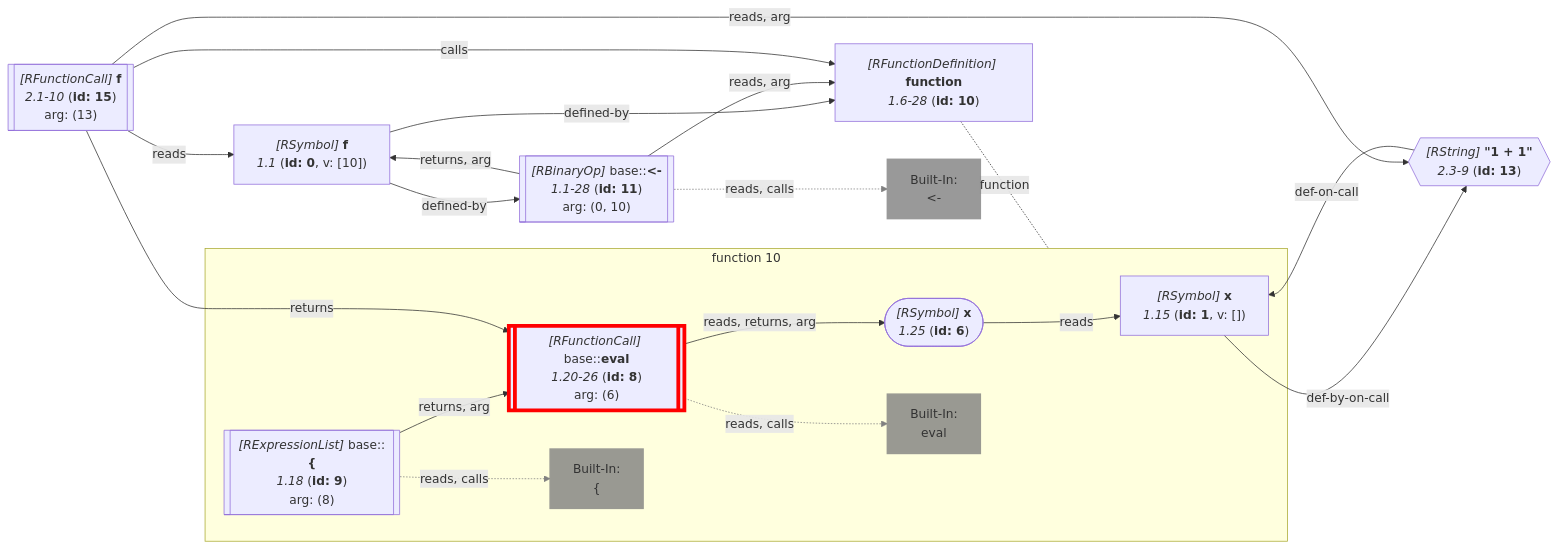
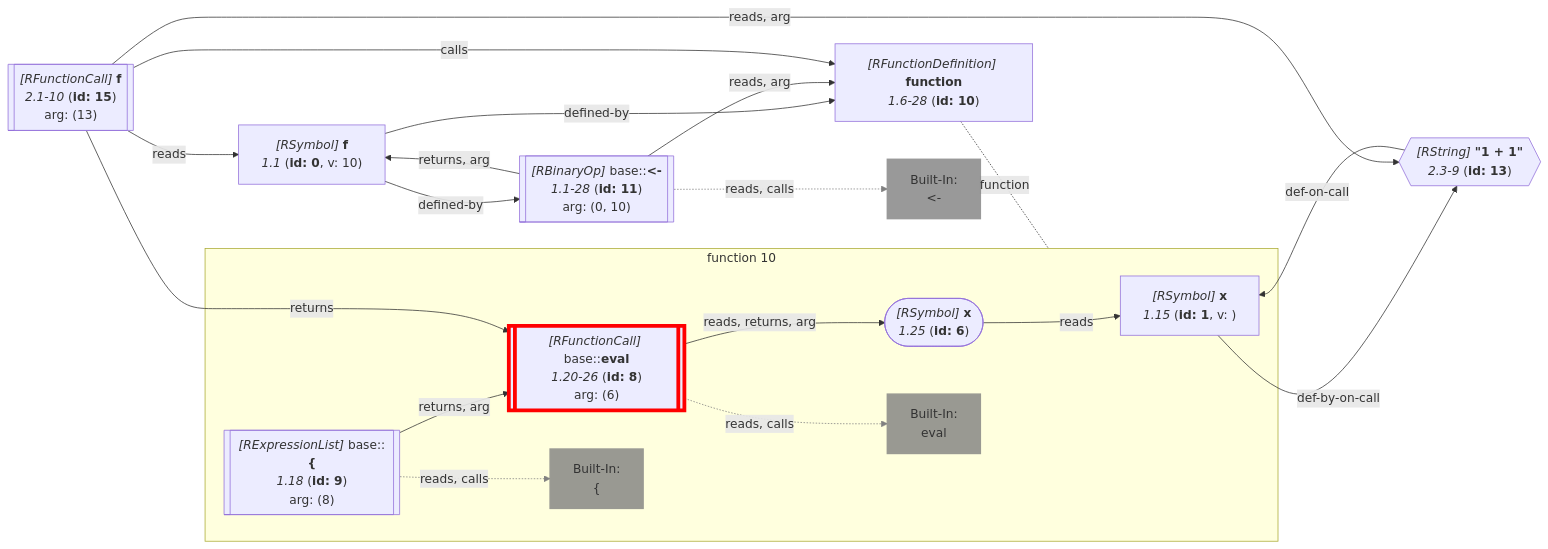
One commit to flowr-analysis/flowr changed the ninth of 21 diagrams in wiki/Query API.md. Above: the diagram before and after it, drawn with Mermaid. The commit also changed other lines of this file and 134 other files, not shown here.

````diff
--- a/wiki/Query API.md
+++ b/wiki/Query API.md
@@ -3924,64 +4090,64 @@
 ```mermaid
 flowchart LR
     10["`*#91;RFunctionDefinition#93;* **function**
       *1.6-28* (**id: 10**)`"]
 
 subgraph "flow-10" [function 10]
     1["`*#91;RSymbol#93;* **x**
-      *1.15* (**id: 1**, v: [])`"]
+      *1.15* (**id: 1**, v: )`"]
     6(["`*#91;RSymbol#93;* **x**
       *1.25* (**id: 6**)`"])
     8[["`*#91;RFunctionCall#93;* base#58;#58;**eval**
       *1.20-26* (**id: 8**)
     arg: (6)`"]]
     style 8 stroke:red,stroke-width:5px; 
     built-in:eval["`Built-In:
 eval`"]
     style built-in:eval stroke:gray,fill:gray,stroke-width:2px,opacity:.8;
     9[["`*#91;RExpressionList#93;* base#58;#58;**#123;**
       *1.18* (**id: 9**)
     arg: (8)`"]]
     built-in:_["`Built-In:
 #123;`"]
     style built-in:_ stroke:gray,fill:gray,stroke-width:2px,opacity:.8;
 end
    %% No edges found for 10
     0["`*#91;RSymbol#93;* **f**
-      *1.1* (**id: 0**, v: [10])`"]
+      *1.1* (**id: 0**, v: 10)`"]
     11[["`*#91;RBinaryOp#93;* base#58;#58;**#60;#45;**
       *1.1-28* (**id: 11**)
     arg: (0, 10)`"]]
     built-in:_-["`Built-In:
 #60;#45;`"]
     style built-in:_- stroke:gray,fill:gray,stroke-width:2px,opacity:.8;
     13{{"`*#91;RString#93;* **#34;1 #43; 1#34;**
       *2.3-9* (**id: 13**)`"}}
     %% Environment of 15 [level: 0]:
     %% Built-in
-    %% 763----------------------------------------
+    %% 2311----------------------------------------
     %%   f: {**f** (id: 0, type: Function, def. @11)}
     15[["`*#91;RFunctionCall#93;* **f**
       *2.1-10* (**id: 15**)
     arg: (13)`"]]
     1 -->|"def-by-on-call"| 13
     6 -->|"reads"| 1
     8 -->|"reads, returns, arg"| 6
     8 -.->|"reads, calls"| built-in:eval
     linkStyle 3 stroke:gray;
     9 -->|"returns, arg"| 8
     9 -.->|"reads, calls"| built-in:_
     linkStyle 5 stroke:gray;
 10 -.-|function| flow-10
 
     0 -->|"defined-by"| 10
     0 -->|"defined-by"| 11
     11 -->|"reads, arg"| 10
     11 -->|"returns, arg"| 0
     11 -.->|"reads, calls"| built-in:_-
     linkStyle 11 stroke:gray;
     13 -->|"def-on-call"| 1
     15 -->|"reads, arg"| 13
     15 -->|"reads"| 0
     15 -->|"returns"| 8
     15 -->|"calls"| 10
 ```
````
